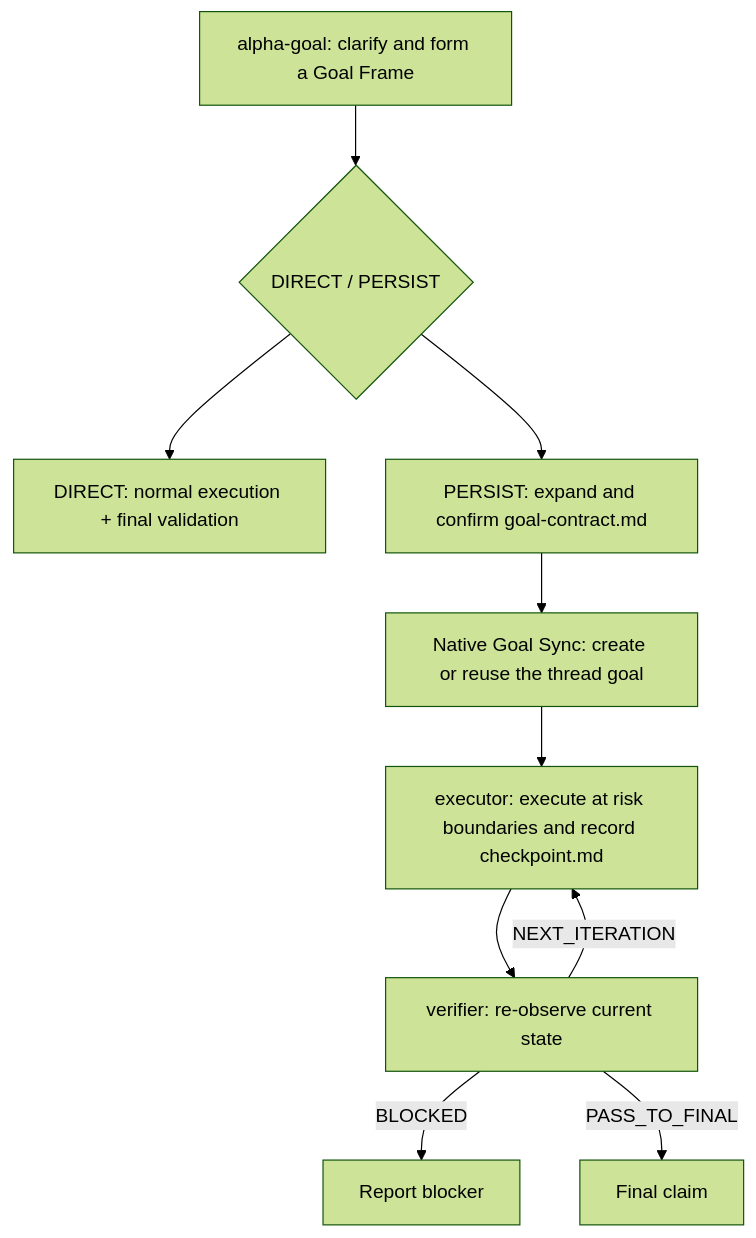
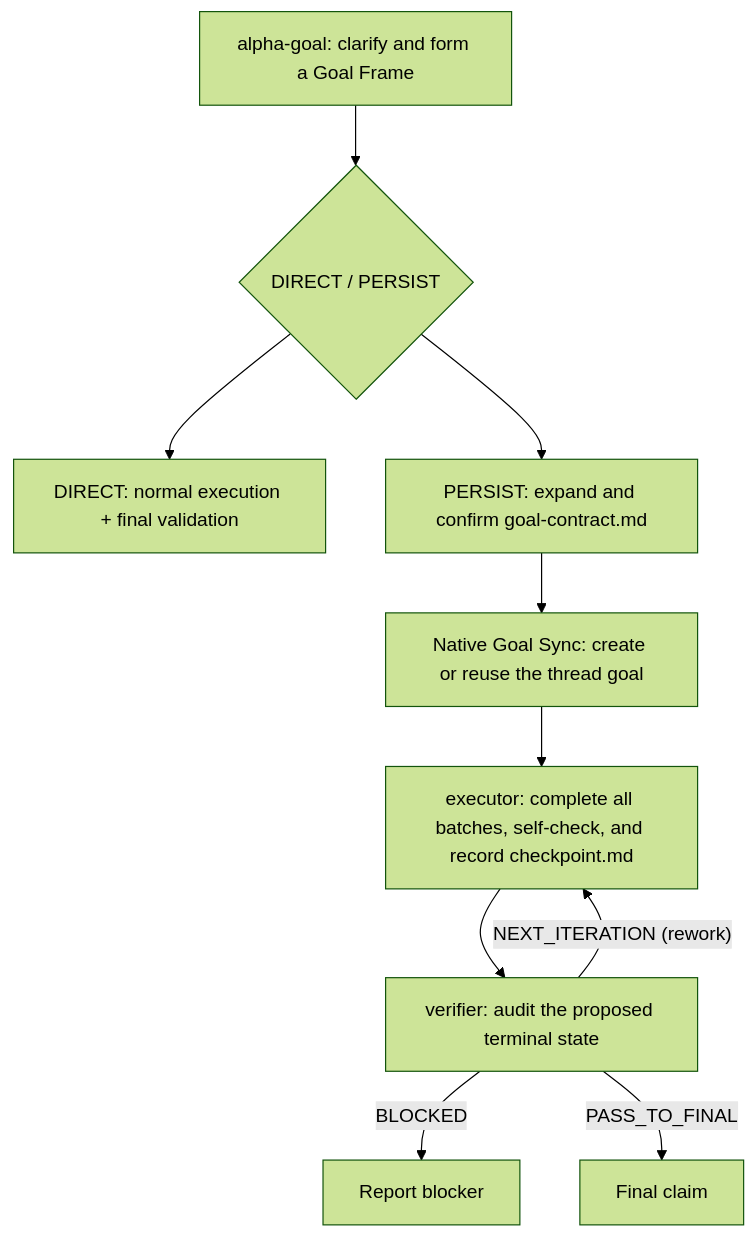
One commit to azhonglee/alpha-goal changed the diagram in README.en.md. Above: the diagram before and after it, drawn with Mermaid (forest theme). The commit also changed other lines of this file and 9 other files, not shown here.

Commit message:
Position verifier as final audit

````diff
--- a/README.en.md
+++ b/README.en.md
@@ -42,12 +42,12 @@
 ```mermaid
 flowchart TD
   A["alpha-goal: clarify and form a Goal Frame"] --> R{"DIRECT / PERSIST"}
   R --> D["DIRECT: normal execution + final validation"]
   R --> P["PERSIST: expand and confirm goal-contract.md"]
   P --> S["Native Goal Sync: create or reuse the thread goal"]
-  S --> E["executor: execute at risk boundaries and record checkpoint.md"]
-  E --> V["verifier: re-observe current state"]
-  V -->|"NEXT_ITERATION"| E
+  S --> E["executor: complete all batches, self-check, and record checkpoint.md"]
+  E --> V["verifier: audit the proposed terminal state"]
+  V -->|"NEXT_ITERATION (rework)"| E
   V -->|"BLOCKED"| B["Report blocker"]
   V -->|"PASS_TO_FINAL"| F["Final claim"]
 ```
````
